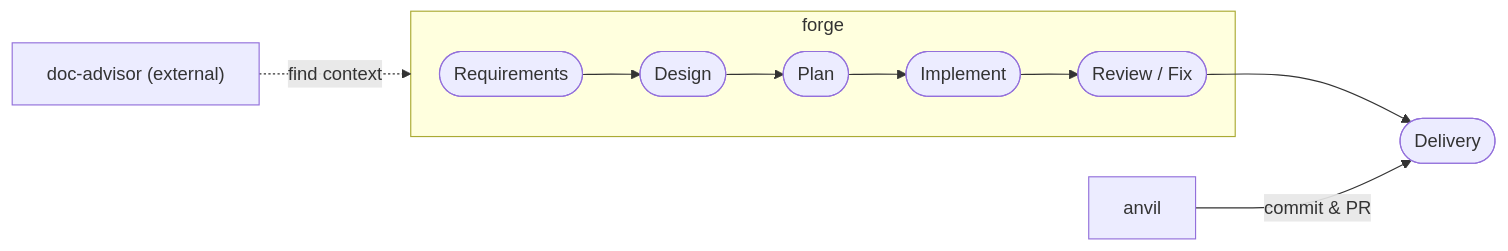
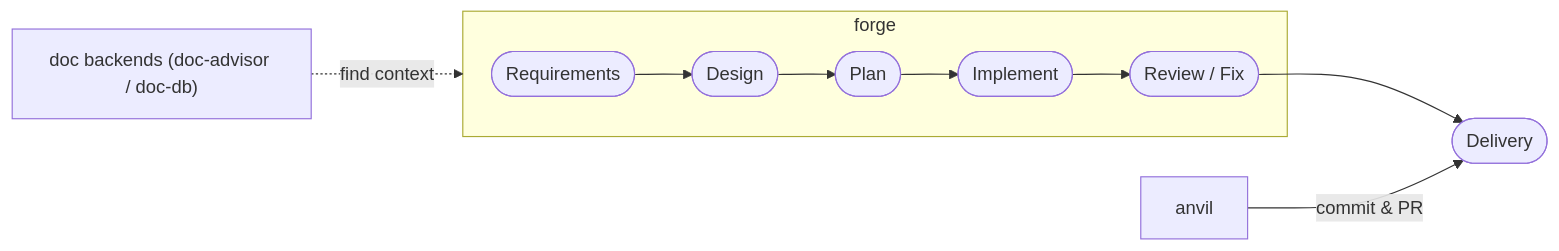
One commit to BlueEventHorizon/bw-cc-plugins changed the first of 2 diagrams in README_en.md. Above: the diagram before and after it, drawn with Mermaid. The commit also changed other lines of this file and 14 other files, not shown here.

````diff
--- a/README_en.md
+++ b/README_en.md
@@ -26,9 +31,9 @@
 ```mermaid
 flowchart LR
     subgraph forge
         R([Requirements]) --> D([Design]) --> P([Plan]) --> I([Implement]) --> RF([Review / Fix])
     end
     RF --> DL([Delivery])
-    DA["doc-advisor (external)"] -. find context .-> forge
+    DA["doc backends (doc-advisor / doc-db)"] -. find context .-> forge
     AV[anvil] -- commit & PR --> DL
 ```
````
